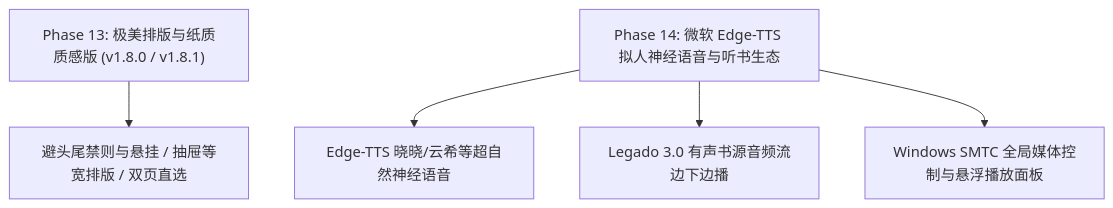
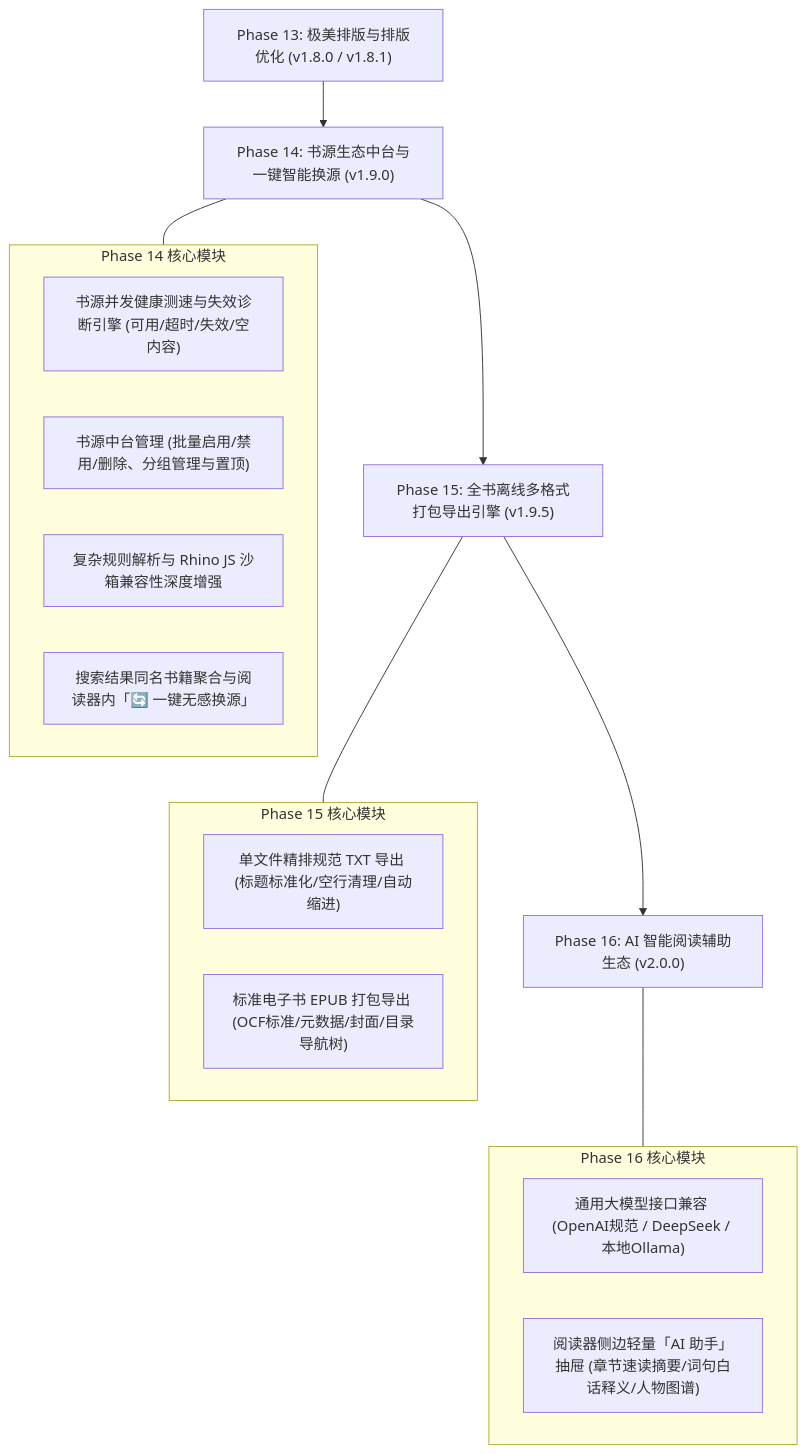
The diagram in docs/planning/ROADMAP.md (TttXxx36/legado-windows), drawn with Mermaid before and after one commit. The commit also changed other lines of this file and 11 other files, not shown here.

````diff
--- a/docs/planning/ROADMAP.md
+++ b/docs/planning/ROADMAP.md
@@ -220,8 +220,27 @@
 ```mermaid
 flowchart TD
-    Phase13["Phase 13: 极美排版与纸质质感版 (v1.8.0 / v1.8.1)"] --> P13_1["避头尾禁则与悬挂 / 抽屉等宽排版 / 双页直选"]
-    
-    Phase14["Phase 14: 微软 Edge-TTS 拟人神经语音与听书生态"] --> P14_1["Edge-TTS 晓晓/云希等超自然神经语音"]
-    Phase14 --> P14_2["Legado 3.0 有声书源音频流边下边播"]
-    Phase14 --> P14_3["Windows SMTC 全局媒体控制与悬浮播放面板"]
+    Phase13["Phase 13: 极美排版与排版优化 (v1.8.0 / v1.8.1)"] --> Phase14["Phase 14: 书源生态中台与一键智能换源 (v1.9.0)"]
+    Phase14 --> Phase15["Phase 15: 全书离线多格式打包导出引擎 (v1.9.5)"]
+    Phase15 --> Phase16["Phase 16: AI 智能阅读辅助生态 (v2.0.0)"]
+
+    subgraph Phase14_Details["Phase 14 核心模块"]
+        P14_1["书源并发健康测速与失效诊断引擎 (可用/超时/失效/空内容)"]
+        P14_2["书源中台管理 (批量启用/禁用/删除、分组管理与置顶)"]
+        P14_3["复杂规则解析与 Rhino JS 沙箱兼容性深度增强"]
+        P14_4["搜索结果同名书籍聚合与阅读器内「🔄 一键无感换源」"]
+    end
+
+    subgraph Phase15_Details["Phase 15 核心模块"]
+        P15_1["单文件精排规范 TXT 导出 (标题标准化/空行清理/自动缩进)"]
+        P15_2["标准电子书 EPUB 打包导出 (OCF标准/元数据/封面/目录导航树)"]
+    end
+
+    subgraph Phase16_Details["Phase 16 核心模块"]
+        P16_1["通用大模型接口兼容 (OpenAI规范 / DeepSeek / 本地Ollama)"]
+        P16_2["阅读器侧边轻量「AI 助手」抽屉 (章节速读摘要/词句白话释义/人物图谱)"]
+    end
+
+    Phase14 --- Phase14_Details
+    Phase15 --- Phase15_Details
+    Phase16 --- Phase16_Details
 ```
````
